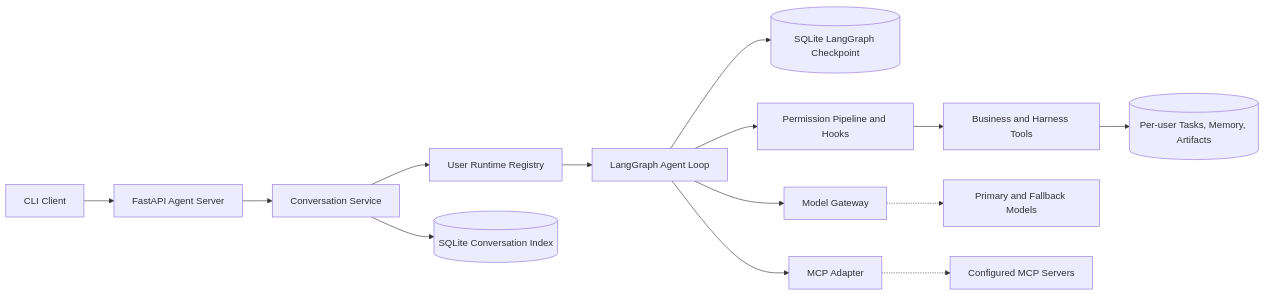
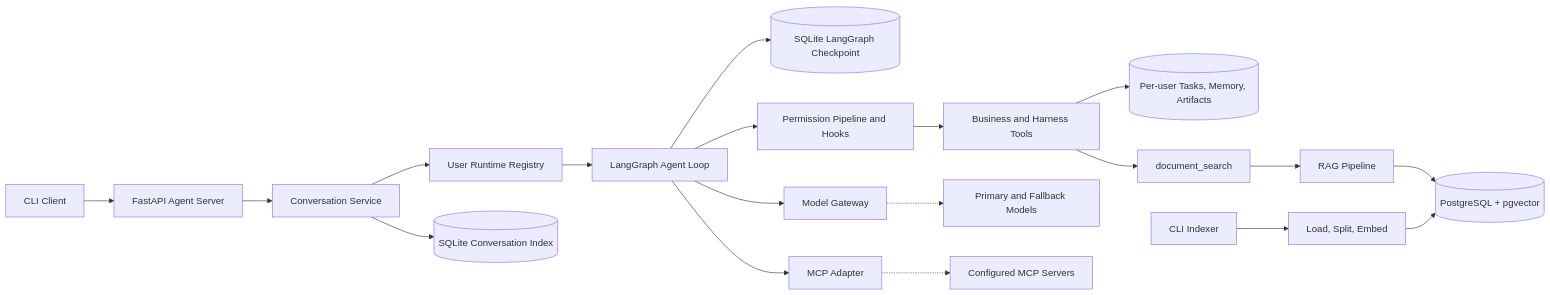
Before and after one commit to misakisaysyes/Business-Agent-Harness: the diagram in README.md, drawn with Mermaid. The commit also changed other lines of this file and 36 other files, not shown here.

Commit message:
feat: implement phase 2 RAG pipeline

````diff
--- a/README.md
+++ b/README.md
@@ -27,16 +36,21 @@
 ```mermaid
 flowchart LR
     cli["CLI Client"] --> api["FastAPI Agent Server"]
     api --> conversation["Conversation Service"]
     conversation --> runtime["User Runtime Registry"]
     conversation --> conversationDb[("SQLite Conversation Index")]
     runtime --> agentLoop["LangGraph Agent Loop"]
     agentLoop --> checkpointDb[("SQLite LangGraph Checkpoint")]
     agentLoop --> permission["Permission Pipeline and Hooks"]
     permission --> tools["Business and Harness Tools"]
     tools --> userStores[("Per-user Tasks, Memory, Artifacts")]
+    tools --> documentSearch["document_search"]
+    documentSearch --> ragPipeline["RAG Pipeline"]
+    ragPipeline --> vectorDb[("PostgreSQL + pgvector")]
+    indexer["CLI Indexer"] --> ingestion["Load, Split, Embed"]
+    ingestion --> vectorDb
     agentLoop --> modelGateway["Model Gateway"]
     modelGateway -.-> modelProvider["Primary and Fallback Models"]
     agentLoop --> mcpAdapter["MCP Adapter"]
     mcpAdapter -.-> mcpServers["Configured MCP Servers"]
 ```
````
